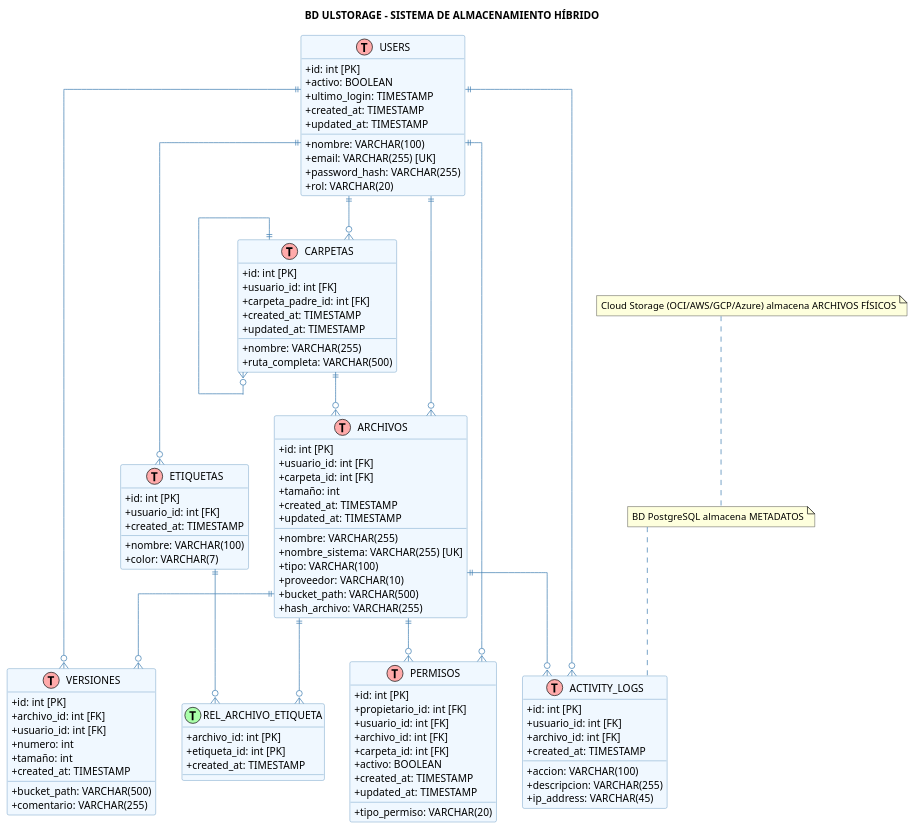
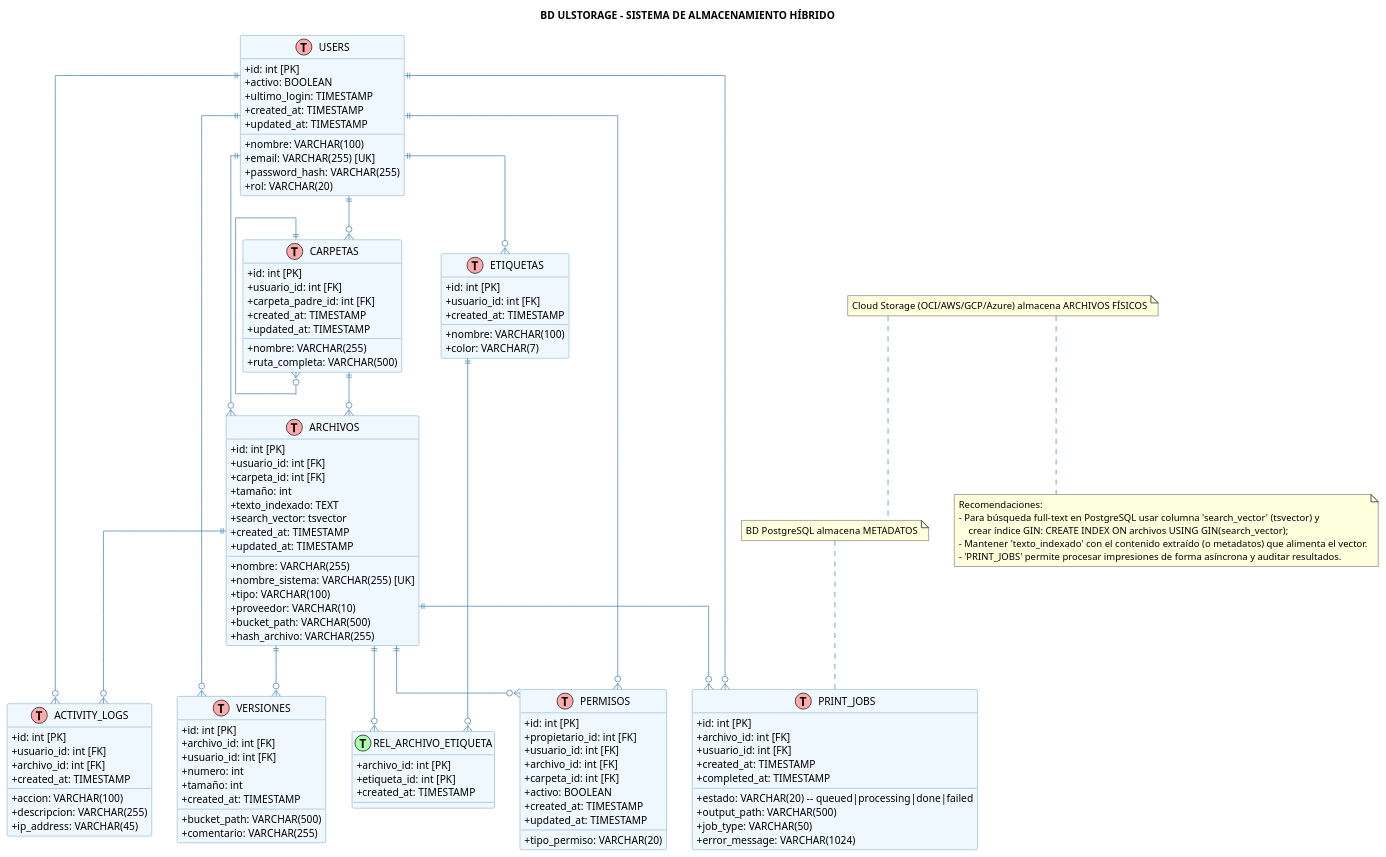
One commit to IraPues890/SW2_SISTEMA_DE_ALMACENAMIENTO changed the diagram in BD_UlStorage_Simplificado.puml. Above: the diagram before and after it, drawn with PlantUML. The commit also changed 8 other files, not shown here.

First line of the commit message:
diagramas de secuencia y cambio en bd y clases.

```diff
--- a/BD_UlStorage_Simplificado.puml
+++ b/BD_UlStorage_Simplificado.puml
@@ -1,116 +1,140 @@
 @startuml BD_UlStorage_Simplificado
 
 skinparam linetype ortho
 skinparam classAttributeIconSize 0
 skinparam class {
     BackgroundColor #F0F8FF
     BorderColor #4682B4
     ArrowColor #4682B4
 }
 
 class users as "USERS" << (T,#FFAAAA) >> {
     + id: int [PK]
     + nombre: VARCHAR(100)
     + email: VARCHAR(255) [UK]
     + password_hash: VARCHAR(255)
     + rol: VARCHAR(20)
     + activo: BOOLEAN
     + ultimo_login: TIMESTAMP
     + created_at: TIMESTAMP
     + updated_at: TIMESTAMP
 }
 
 class carpetas as "CARPETAS" << (T,#FFAAAA) >> {
     + id: int [PK]
     + usuario_id: int [FK]
     + carpeta_padre_id: int [FK]
     + nombre: VARCHAR(255)
     + ruta_completa: VARCHAR(500)
     + created_at: TIMESTAMP
     + updated_at: TIMESTAMP
 }
 
 class archivos as "ARCHIVOS" << (T,#FFAAAA) >> {
     + id: int [PK]
     + usuario_id: int [FK]
     + carpeta_id: int [FK]
     + nombre: VARCHAR(255)
     + nombre_sistema: VARCHAR(255) [UK]
     + tamaño: int
     + tipo: VARCHAR(100)
     + proveedor: VARCHAR(10)
     + bucket_path: VARCHAR(500)
     + hash_archivo: VARCHAR(255)
+    + texto_indexado: TEXT
+    +search_vector: tsvector
     + created_at: TIMESTAMP
     + updated_at: TIMESTAMP
 }
 
 class versiones as "VERSIONES" << (T,#FFAAAA) >> {
     + id: int [PK]
     + archivo_id: int [FK]
     + usuario_id: int [FK]
     + numero: int
     + tamaño: int
     + bucket_path: VARCHAR(500)
     + comentario: VARCHAR(255)
     + created_at: TIMESTAMP
 }
 
 class etiquetas as "ETIQUETAS" << (T,#FFAAAA) >> {
     + id: int [PK]
     + usuario_id: int [FK]
     + nombre: VARCHAR(100)
     + color: VARCHAR(7)
     + created_at: TIMESTAMP
 }
 
 class archivo_etiquetas as "REL_ARCHIVO_ETIQUETA" << (T,#AAFFAA) >> {
     + archivo_id: int [PK]
     + etiqueta_id: int [PK]
     + created_at: TIMESTAMP
 }
 
 class permisos as "PERMISOS" << (T,#FFAAAA) >> {
     + id: int [PK]
     + propietario_id: int [FK]
     + usuario_id: int [FK]
     + archivo_id: int [FK]
     + carpeta_id: int [FK]
     + tipo_permiso: VARCHAR(20)
     + activo: BOOLEAN
     + created_at: TIMESTAMP
     + updated_at: TIMESTAMP
 }
 
 class logs as "ACTIVITY_LOGS" << (T,#FFAAAA) >> {
     + id: int [PK]
     + usuario_id: int [FK]
     + accion: VARCHAR(100)
     + descripcion: VARCHAR(255)
     + archivo_id: int [FK]
     + ip_address: VARCHAR(45)
     + created_at: TIMESTAMP
 }
 
+class print_jobs as "PRINT_JOBS" << (T,#FFAAAA) >> {
+    + id: int [PK]
+    + archivo_id: int [FK]
+    + usuario_id: int [FK]
+    + estado: VARCHAR(20) -- queued|processing|done|failed
+    + output_path: VARCHAR(500)
+    + job_type: VARCHAR(50)
+    + error_message: VARCHAR(1024)
+    + created_at: TIMESTAMP
+    + completed_at: TIMESTAMP
+}
+
 users ||--o{ carpetas
 users ||--o{ archivos 
 users ||--o{ etiquetas
 users ||--o{ versiones
 users ||--o{ permisos
 users ||--o{ logs
+users ||--o{ print_jobs
 
 carpetas ||--o{ carpetas
 carpetas ||--o{ archivos
 
 archivos ||--o{ versiones
 archivos ||--o{ archivo_etiquetas
 archivos ||--o{ permisos
 archivos ||--o{ logs
+archivos ||--o{ print_jobs
 
 etiquetas ||--o{ archivo_etiquetas
 
 title **BD ULSTORAGE - SISTEMA DE ALMACENAMIENTO HÍBRIDO**
 note top : BD PostgreSQL almacena METADATOS
 note top : Cloud Storage (OCI/AWS/GCP/Azure) almacena ARCHIVOS FÍSICOS
 
+note bottom
+    Recomendaciones:
+    - Para búsqueda full-text en PostgreSQL usar columna 'search_vector' (tsvector) y
+        crear índice GIN: CREATE INDEX ON archivos USING GIN(search_vector);
+    - Mantener 'texto_indexado' con el contenido extraído (o metadatos) que alimenta el vector.
+    - 'PRINT_JOBS' permite procesar impresiones de forma asíncrona y auditar resultados.
+end note
+
 @enduml
```
